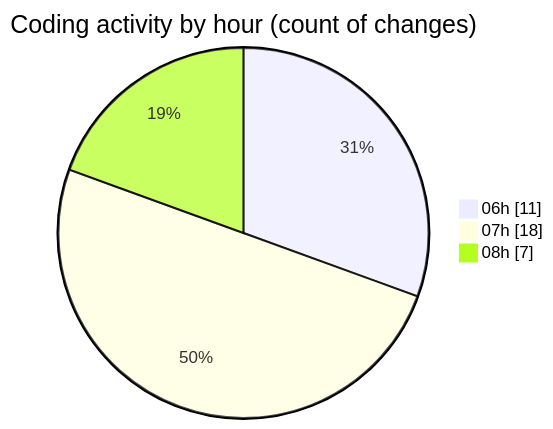
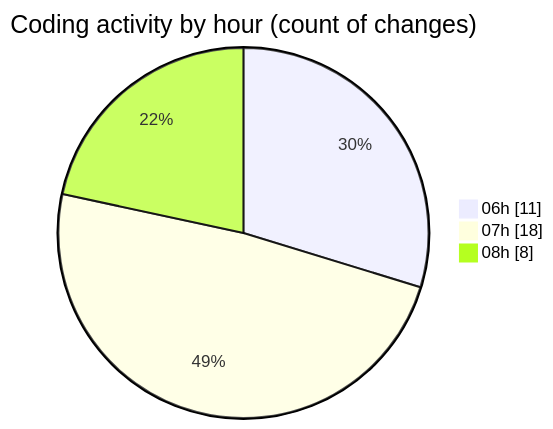
Before and after one commit to robertbonfada/code-tracking: the second of 2 diagrams in 2025-01-22/mbc-web/README.md, drawn with Mermaid. The commit also changed other lines of this file and 1 other file, not shown here.

````diff
--- a/2025-01-22/mbc-web/README.md
+++ b/2025-01-22/mbc-web/README.md
@@ -35,7 +36,7 @@
 ```mermaid
 pie showData
 title Coding activity by hour (count of changes)
 "06h" : 11
 "07h" : 18
-"08h" : 7
+"08h" : 8
 ```
````
